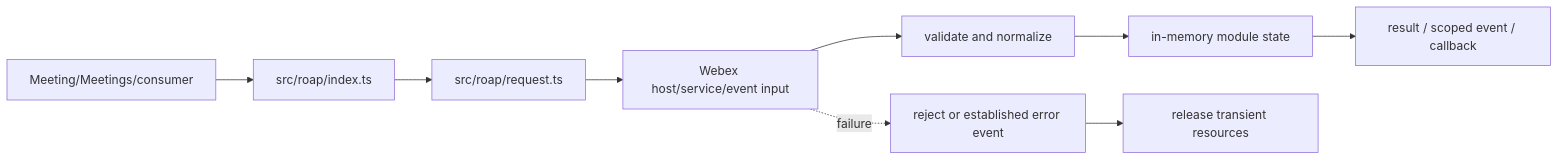
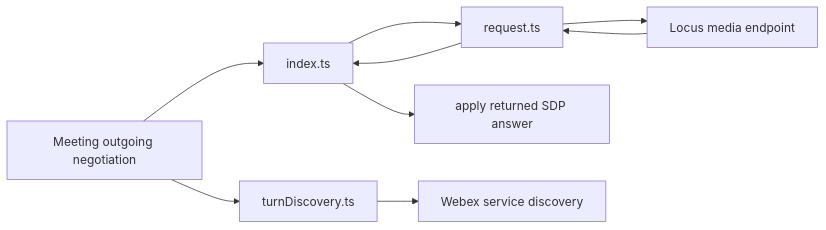
Before and after one commit to webex/webex-js-sdk: the first of 4 diagrams in packages/@webex/plugin-meetings/src/roap/ai-docs/roap-spec.md, drawn with Mermaid. The commit also changed other lines of this file and 26 other files, not shown here.

````diff
--- a/packages/@webex/plugin-meetings/src/roap/ai-docs/roap-spec.md
+++ b/packages/@webex/plugin-meetings/src/roap/ai-docs/roap-spec.md
@@ -99,11 +102,11 @@
 ```mermaid
 flowchart LR
-  Caller[Meeting/Meetings/consumer] --> Entry[src/roap/index.ts]
-  Entry --> Support[src/roap/request.ts]
-  Support --> Remote[Webex host/service/event input]
-  Remote --> Normalize[validate and normalize]
-  Normalize --> State[in-memory module state]
-  State --> Output[result / scoped event / callback]
-  Remote -. failure .-> Error[reject or established error event]
-  Error --> Cleanup[release transient resources]
+  Meeting[Meeting outgoing negotiation] --> Roap[index.ts]
+  Roap --> Request[request.ts]
+  Request --> Locus[Locus media endpoint]
+  Locus --> Request
+  Request --> Roap
+  Roap --> Media[apply returned SDP answer]
+  Meeting --> Turn[turnDiscovery.ts]
+  Turn --> Discovery[Webex service discovery]
 ```
````
